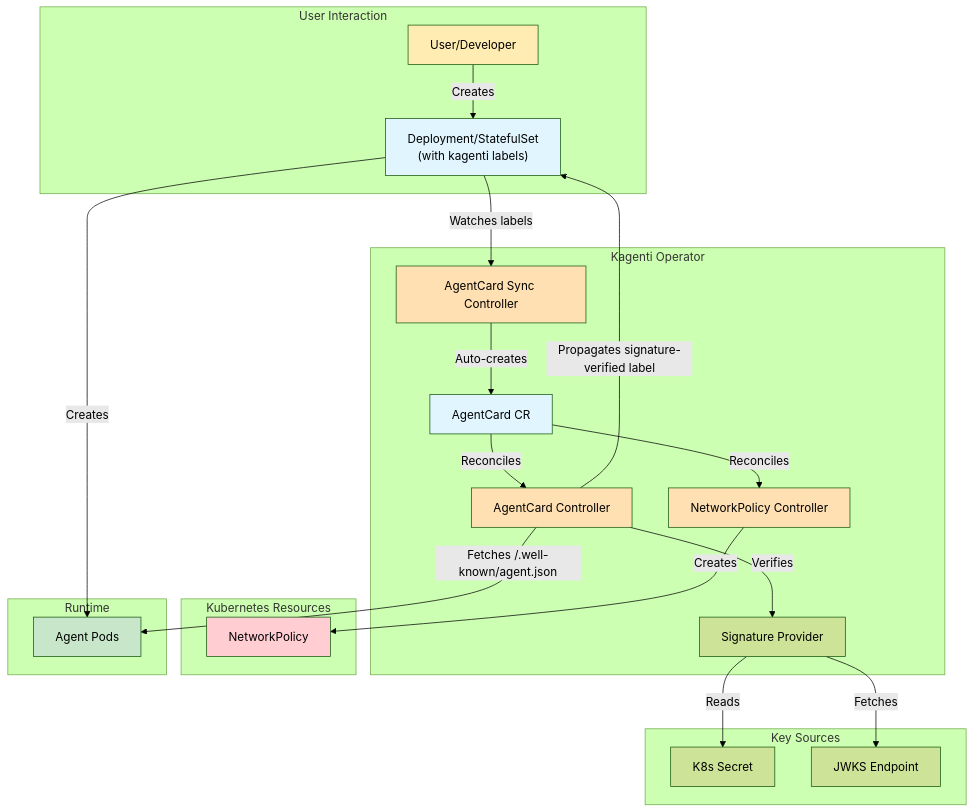
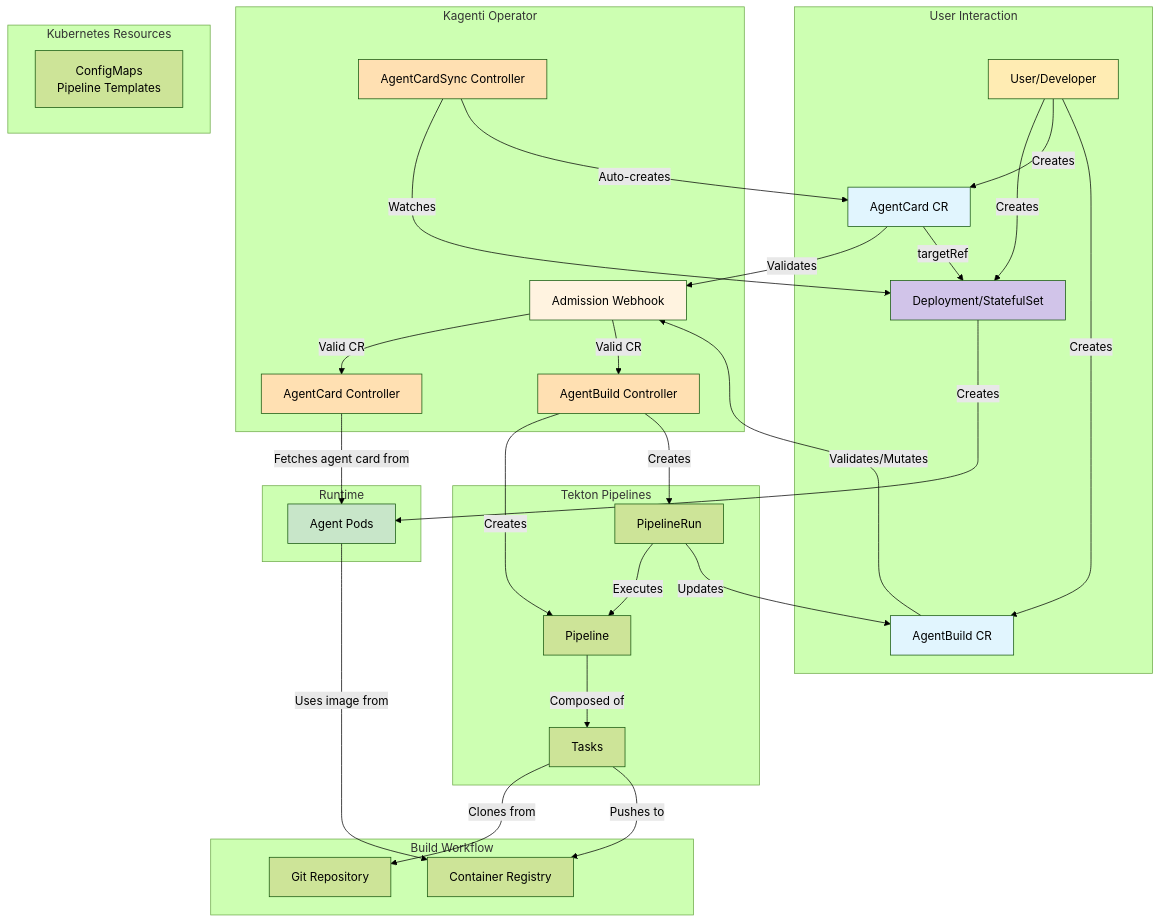
One commit to DeanKelly751/kagenti-operator changed the first of 2 diagrams in kagenti-operator/docs/architecture.md. Above: the diagram before and after it, drawn with Mermaid (forest theme). The commit also changed other lines of this file and 26 other files, not shown here.

First line of the commit message:
deprecate: remove Agent CRD, controller, and legacy support (#168)

````diff
--- a/kagenti-operator/docs/architecture.md
+++ b/kagenti-operator/docs/architecture.md
@@ -104,50 +89,69 @@
 ```mermaid
 graph TB
     subgraph "User Interaction"
         User[User/Developer]
-        User -->|Creates| Workload["Deployment/StatefulSet\n(with kagenti labels)"]
+        User -->|Creates| Deployment[Deployment/StatefulSet]
+        User -->|Creates| CardCR[AgentCard CR]
+        User -->|Creates| BuildCR[AgentBuild CR]
     end
 
     subgraph "Kagenti Operator"
-        AgentCardSync[AgentCard Sync Controller]
-        AgentCardController[AgentCard Controller]
-        NetworkPolicyCtrl[NetworkPolicy Controller]
-        SigProvider[Signature Provider]
+        Webhook[Admission Webhook]
+        CardController[AgentCard Controller]
+        SyncController[AgentCardSync Controller]
+        BuildController[AgentBuild Controller]
 
-        Workload -->|Watches labels| AgentCardSync
-        AgentCardSync -->|Auto-creates| AgentCardCR[AgentCard CR]
+        CardCR -->|Validates| Webhook
+        BuildCR -->|Validates/Mutates| Webhook
 
-        AgentCardCR -->|Reconciles| AgentCardController
-        AgentCardController -->|Verifies| SigProvider
-        AgentCardCR -->|Reconciles| NetworkPolicyCtrl
+        Webhook -->|Valid CR| CardController
+        Webhook -->|Valid CR| BuildController
     end
 
     subgraph "Kubernetes Resources"
-        NetPol[NetworkPolicy]
+        ConfigMap[ConfigMaps<br/>Pipeline Templates]
+    end
 
-        NetworkPolicyCtrl -->|Creates| NetPol
+    subgraph "Tekton Pipelines"
+        Pipeline[Pipeline]
+        PipelineRun[PipelineRun]
+        Task[Tasks]
+
+        BuildController -->|Creates| Pipeline
+        BuildController -->|Creates| PipelineRun
+        Pipeline -->|Composed of| Task
+        PipelineRun -->|Executes| Pipeline
+
+        PipelineRun -->|Updates| BuildCR
+    end
+
+    subgraph "Build Workflow"
+        Git[Git Repository]
+        Registry[Container Registry]
+
+        Task -->|Clones from| Git
+        Task -->|Pushes to| Registry
     end
 
     subgraph "Runtime"
         Pod[Agent Pods]
-        Workload -->|Creates| Pod
-        AgentCardController -->|"Fetches /.well-known/agent.json"| Pod
-        AgentCardController -->|"Propagates signature-verified label"| Workload
+
+        Deployment -->|Creates| Pod
+        Pod -->|Uses image from| Registry
+        CardController -->|Fetches agent card from| Pod
     end
 
-    subgraph "Key Sources"
-        Secret[K8s Secret]
-        JWKS[JWKS Endpoint]
-        SigProvider -->|Reads| Secret
-        SigProvider -->|Fetches| JWKS
-    end
+    SyncController -->|Watches| Deployment
+    SyncController -->|Auto-creates| CardCR
+    CardCR -->|targetRef| Deployment
 
     style User fill:#ffecb3
-    style Workload fill:#e1f5fe
-    style AgentCardCR fill:#e1f5fe
-    style AgentCardSync fill:#ffe0b2
-    style AgentCardController fill:#ffe0b2
-    style NetworkPolicyCtrl fill:#ffe0b2
+    style CardCR fill:#e1f5fe
+    style BuildCR fill:#e1f5fe
+    style Webhook fill:#fff3e0
+    style CardController fill:#ffe0b2
+    style SyncController fill:#ffe0b2
+    style BuildController fill:#ffe0b2
+    style Deployment fill:#d1c4e9
     style Pod fill:#c8e6c9
-    style NetPol fill:#ffcdd2
 ```
````
